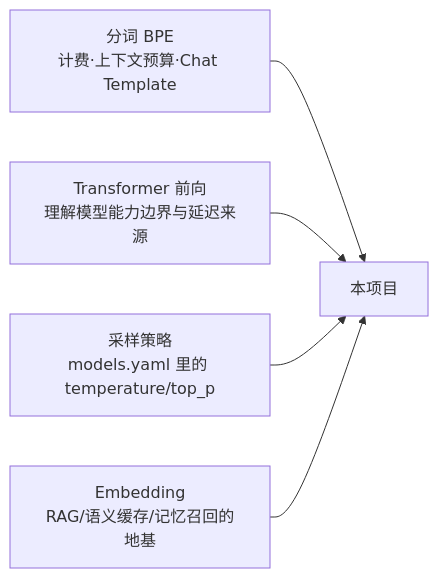
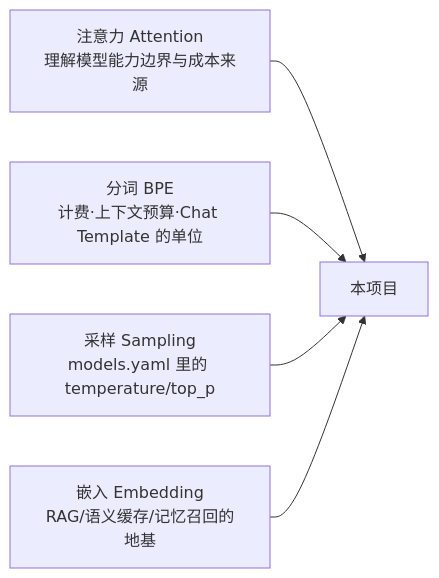
Before and after one commit to JIHT/Agent-Godot: the diagram in docs/modules/M01-LLM地基.md, drawn with Mermaid. The commit also changed other lines of this file and 53 other files, not shown here.

````diff
--- a/docs/modules/M01-LLM地基.md
+++ b/docs/modules/M01-LLM地基.md
@@ -17,7 +17,7 @@
 ```mermaid
 flowchart LR
-    A[分词 BPE<br/>计费·上下文预算·Chat Template] --> P[本项目]
-    B[Transformer 前向<br/>理解模型能力边界与延迟来源] --> P
-    C[采样策略<br/>models.yaml 里的 temperature/top_p] --> P
-    D[Embedding<br/>RAG/语义缓存/记忆召回的地基] --> P
+    A[注意力 Attention<br/>理解模型能力边界与成本来源] --> P[本项目]
+    B[分词 BPE<br/>计费·上下文预算·Chat Template 的单位] --> P
+    C[采样 Sampling<br/>models.yaml 里的 temperature/top_p] --> P
+    D[嵌入 Embedding<br/>RAG/语义缓存/记忆召回的地基] --> P
 ```
````
